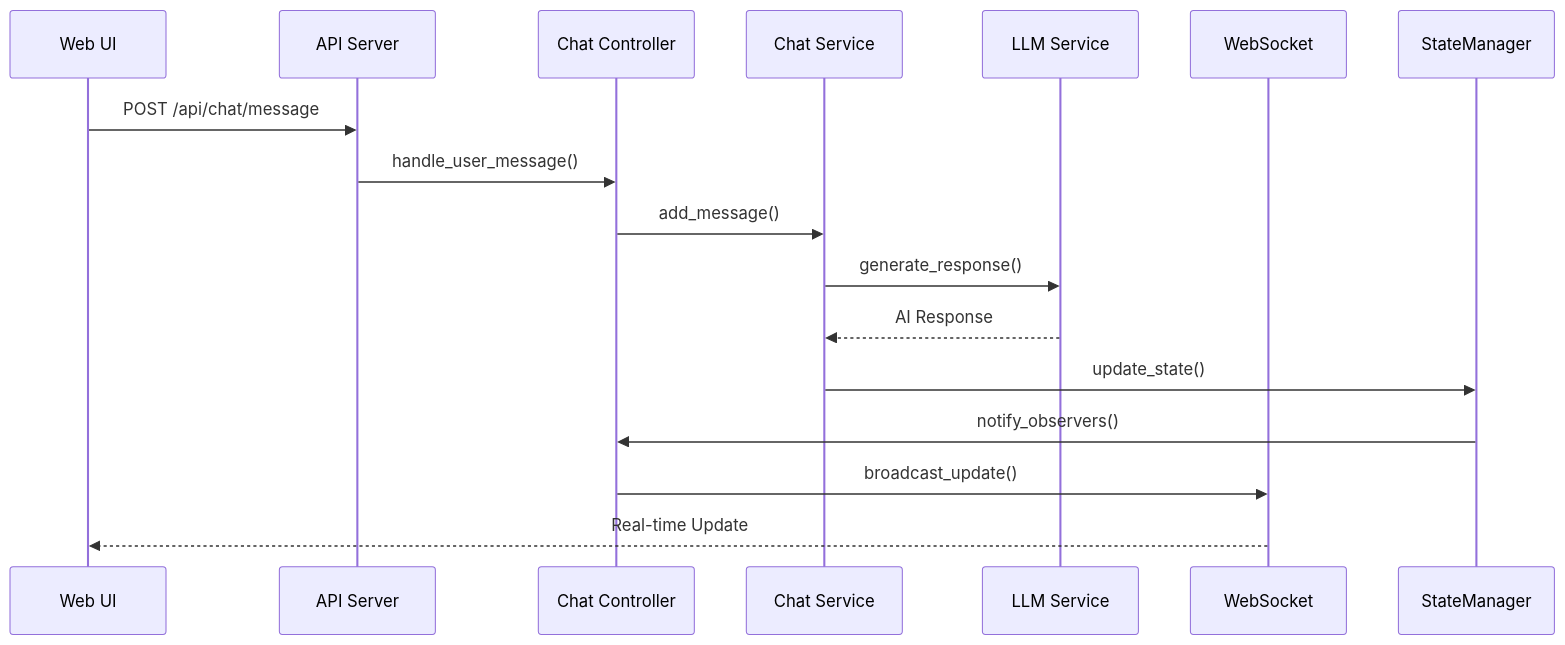
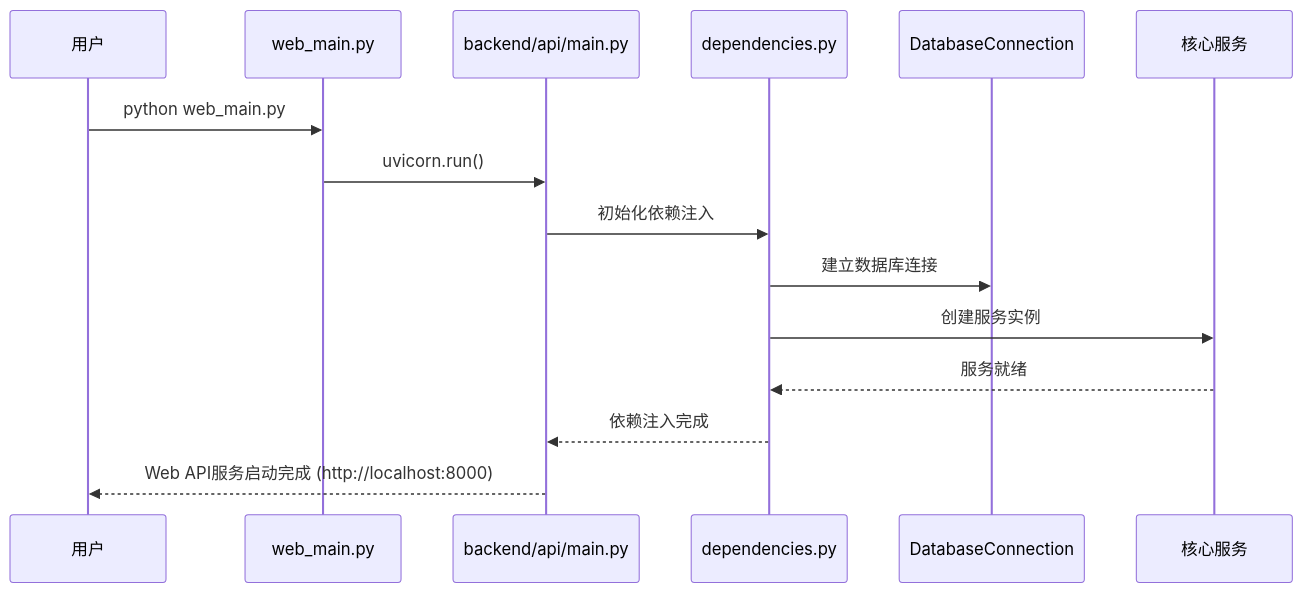
The second of 8 diagrams in PROJECT_DOCS.md (Jackela/ai_enhanced_pdf_scholar), drawn with Mermaid before and after one commit. The commit also changed other lines of this file and 158 other files, not shown here.

````diff
--- a/PROJECT_DOCS.md
+++ b/PROJECT_DOCS.md
@@ -223,19 +269,18 @@
 ```mermaid
 sequenceDiagram
-    participant Web as Web UI
-    participant API as API Server
-    participant ChatCtrl as Chat Controller
-    participant ChatSvc as Chat Service
-    participant LLM as LLM Service
-    participant WS as WebSocket
+    participant User as 用户
+    participant WebMain as web_main.py
+    participant FastAPI as backend/api/main.py
+    participant Deps as dependencies.py
+    participant DB as DatabaseConnection
+    participant Services as 核心服务
     
-    Web->>API: POST /api/chat/message
-    API->>ChatCtrl: handle_user_message()
-    ChatCtrl->>ChatSvc: add_message()
-    ChatSvc->>LLM: generate_response()
-    LLM-->>ChatSvc: AI Response
-    ChatSvc->>StateManager: update_state()
-    StateManager->>ChatCtrl: notify_observers()
-    ChatCtrl->>WS: broadcast_update()
-    WS-->>Web: Real-time Update
+    User->>WebMain: python web_main.py
+    WebMain->>FastAPI: uvicorn.run()
+    FastAPI->>Deps: 初始化依赖注入
+    Deps->>DB: 建立数据库连接
+    Deps->>Services: 创建服务实例
+    Services-->>Deps: 服务就绪
+    Deps-->>FastAPI: 依赖注入完成
+    FastAPI-->>User: Web API服务启动完成 (http://localhost:8000)
 ```
````
